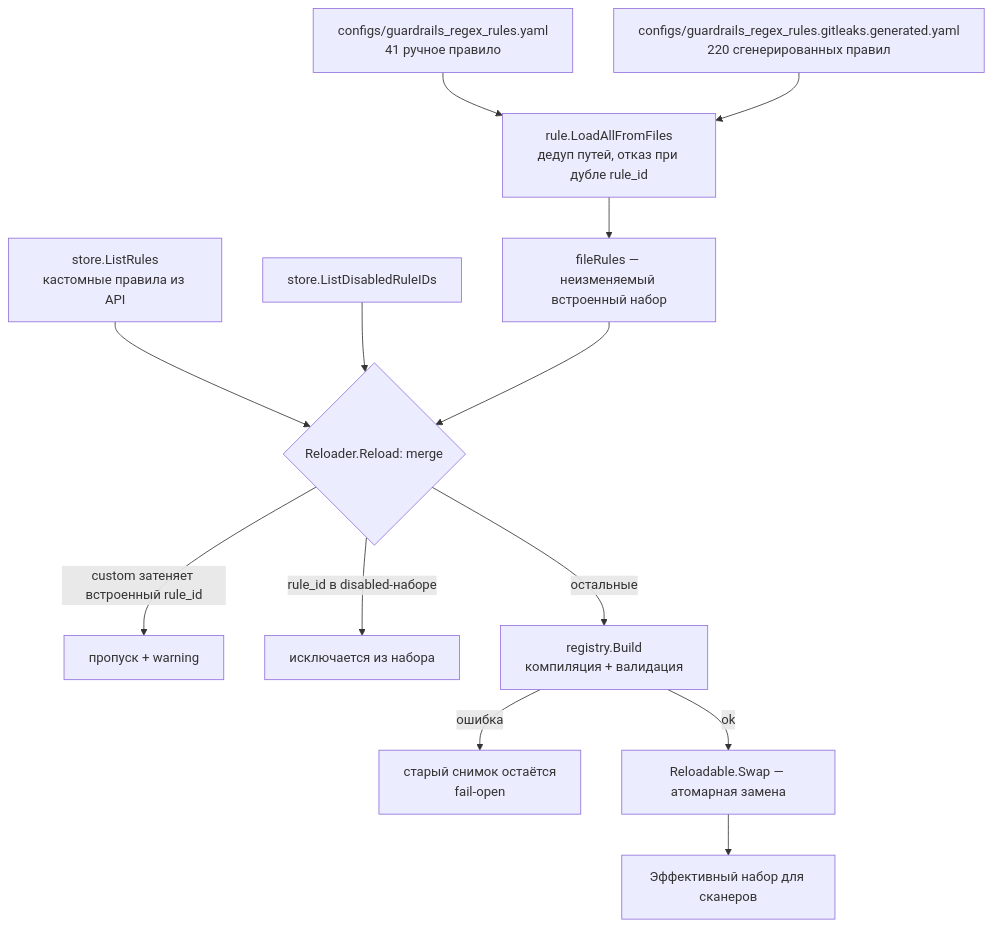
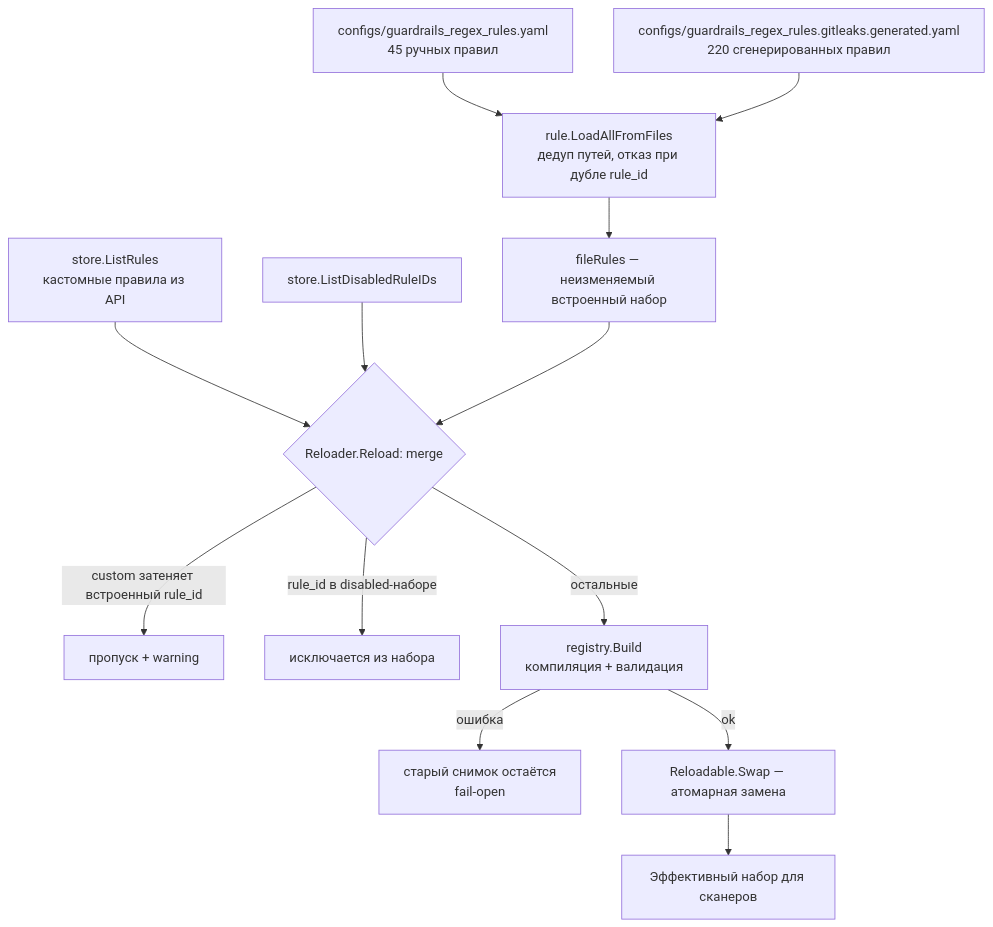
One commit to cloud-ru-tech/guardrails-llm-filter changed the first of 3 diagrams in docs/rules-engine/README.md. Above: the diagram before and after it, drawn with Mermaid. The commit also changed other lines of this file and 6 other files, not shown here.

````diff
--- a/docs/rules-engine/README.md
+++ b/docs/rules-engine/README.md
@@ -53,15 +53,15 @@
 ```mermaid
 flowchart TD
-    YAML["configs/guardrails_regex_rules.yaml<br/>41 ручное правило"] --> LOAD["rule.LoadAllFromFiles<br/>дедуп путей, отказ при дубле rule_id"]
+    YAML["configs/guardrails_regex_rules.yaml<br/>45 ручных правил"] --> LOAD["rule.LoadAllFromFiles<br/>дедуп путей, отказ при дубле rule_id"]
     GEN["configs/guardrails_regex_rules.gitleaks.generated.yaml<br/>220 сгенерированных правил"] --> LOAD
     LOAD --> FILES["fileRules — неизменяемый встроенный набор"]
     STORE["store.ListRules<br/>кастомные правила из API"] --> MERGE
     DIS["store.ListDisabledRuleIDs"] --> MERGE
     FILES --> MERGE{"Reloader.Reload: merge"}
     MERGE -->|"custom затеняет встроенный rule_id"| SKIP["пропуск + warning"]
     MERGE -->|"rule_id в disabled-наборе"| OFF["исключается из набора"]
     MERGE -->|"остальные"| BUILD["registry.Build<br/>компиляция + валидация"]
     BUILD -->|"ошибка"| KEEP["старый снимок остаётся<br/>fail-open"]
     BUILD -->|"ok"| SWAP["Reloadable.Swap — атомарная замена"]
     SWAP --> EFF["Эффективный набор для сканеров"]
 ```
````
